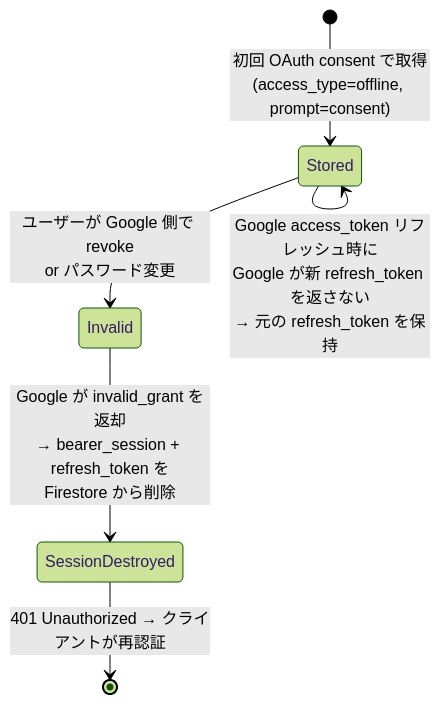
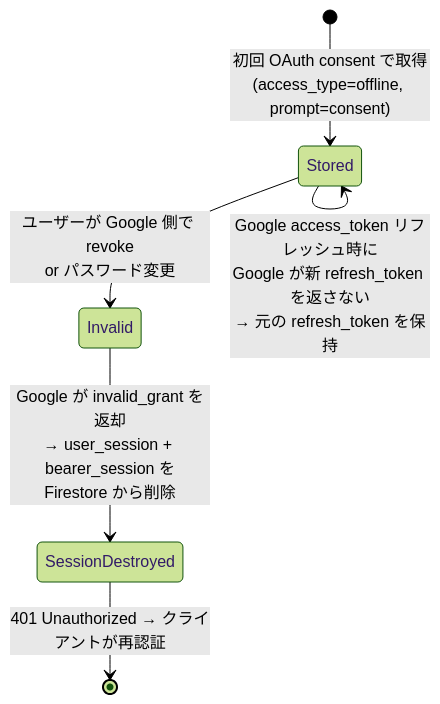
Before and after one commit to kushim-team/gws-cli: the ninth of 10 diagrams in specs/remote-mcp-gateway/auth-flows.md, drawn with Mermaid (forest theme). The commit also changed other lines of this file and 10 other files, not shown here.

````diff
--- a/specs/remote-mcp-gateway/auth-flows.md
+++ b/specs/remote-mcp-gateway/auth-flows.md
@@ -281,8 +319,8 @@
 ```mermaid
 stateDiagram-v2
     [*] --> Stored: 初回 OAuth consent で取得<br/>(access_type=offline, prompt=consent)
     Stored --> Stored: Google access_token リフレッシュ時に<br/>Google が新 refresh_token を返さない<br/>→ 元の refresh_token を保持
     Stored --> Invalid: ユーザーが Google 側で revoke<br/>or パスワード変更
-    Invalid --> SessionDestroyed: Google が invalid_grant を返却<br/>→ bearer_session + refresh_token を<br/>Firestore から削除
+    Invalid --> SessionDestroyed: Google が invalid_grant を返却<br/>→ user_session + bearer_session を<br/>Firestore から削除
     SessionDestroyed --> [*]: 401 Unauthorized → クライアントが再認証
 ```
````
